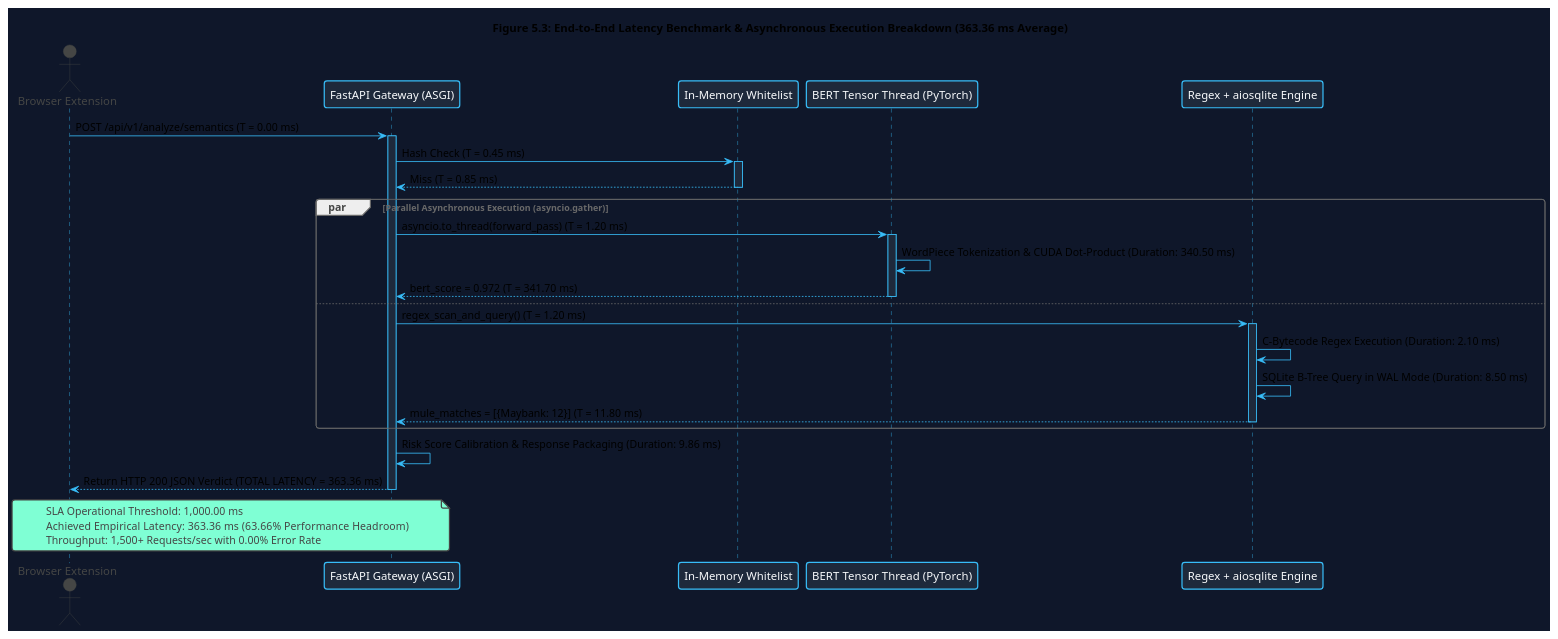
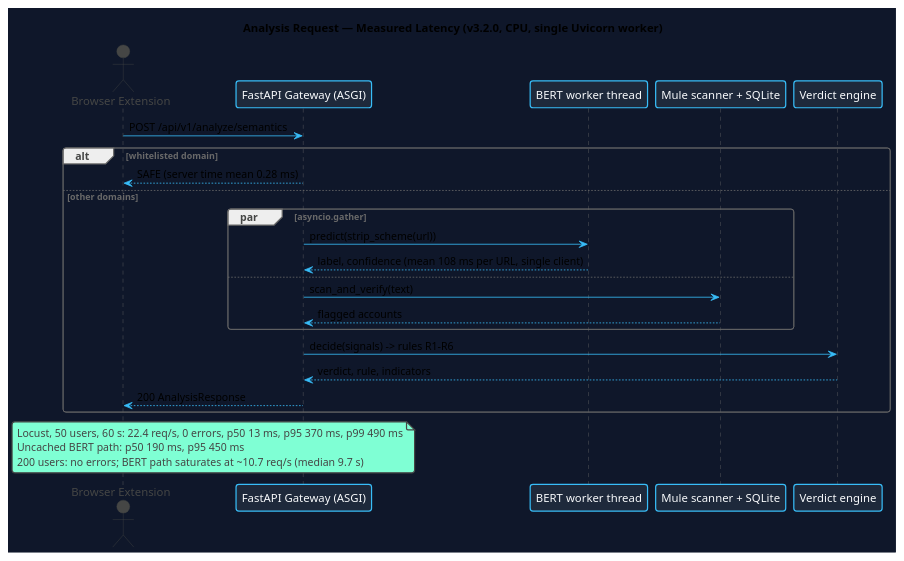
One commit to KunTheNoobie/PhishGuard-AI-Complete changed the third of 4 diagrams in report/diagrams/Chapter_5_Diagrams.puml. Above: the diagram before and after it, drawn with PlantUML. The commit also changed other lines of this file and 104 other files, not shown here.

```diff
--- a/report/diagrams/Chapter_5_Diagrams.puml
+++ b/report/diagrams/Chapter_5_Diagrams.puml
@@ -75,51 +74,40 @@
 @startuml Latency_Distribution_Chapter_5
 !theme vibrant
 skinparam backgroundColor #0f172a
 skinparam ArrowColor #38bdf8
-skinparam SequenceLifeLineBorderColor #38bdf8
-skinparam SequenceLifeLineBackgroundColor #1e293b
 skinparam ParticipantBorderColor #38bdf8
 skinparam ParticipantBackgroundColor #1e293b
 skinparam ParticipantFontColor #f8fafc
 
-title Figure 5.3: End-to-End Latency Benchmark & Asynchronous Execution Breakdown (363.36 ms Average)
+' Measured values: evaluation/results/final_v3.2.0 and evaluation/results/locust (CPU inference).
+title Analysis Request — Measured Latency (v3.2.0, CPU, single Uvicorn worker)
 
 actor "Browser Extension" as Client
 participant "FastAPI Gateway (ASGI)" as Gateway
-participant "In-Memory Whitelist" as Whitelist
-participant "BERT Tensor Thread (PyTorch)" as BERT
-participant "Regex + aiosqlite Engine" as Mule
+participant "BERT worker thread" as BERT
+participant "Mule scanner + SQLite" as Mule
+participant "Verdict engine" as Verdict
 
-Client -> Gateway : POST /api/v1/analyze/semantics (T = 0.00 ms)
-activate Gateway
-Gateway -> Whitelist : Hash Check (T = 0.45 ms)
-activate Whitelist
-Whitelist --> Gateway : Miss (T = 0.85 ms)
-deactivate Whitelist
-
-par Parallel Asynchronous Execution (asyncio.gather)
-    Gateway -> BERT : asyncio.to_thread(forward_pass) (T = 1.20 ms)
-    activate BERT
-    BERT -> BERT : WordPiece Tokenization & CUDA Dot-Product (Duration: 340.50 ms)
-    BERT --> Gateway : bert_score = 0.972 (T = 341.70 ms)
-    deactivate BERT
-else
-    Gateway -> Mule : regex_scan_and_query() (T = 1.20 ms)
-    activate Mule
-    Mule -> Mule : C-Bytecode Regex Execution (Duration: 2.10 ms)
-    Mule -> Mule : SQLite B-Tree Query in WAL Mode (Duration: 8.50 ms)
-    Mule --> Gateway : mule_matches = [{Maybank: 12}] (T = 11.80 ms)
-    deactivate Mule
+Client -> Gateway : POST /api/v1/analyze/semantics
+alt whitelisted domain
+    Gateway --> Client : SAFE (server time mean 0.28 ms)
+else other domains
+    par asyncio.gather
+        Gateway -> BERT : predict(strip_scheme(url))
+        BERT --> Gateway : label, confidence (mean 108 ms per URL, single client)
+    else
+        Gateway -> Mule : scan_and_verify(text)
+        Mule --> Gateway : flagged accounts
+    end
+    Gateway -> Verdict : decide(signals) -> rules R1–R6
+    Verdict --> Gateway : verdict, rule, indicators
+    Gateway --> Client : 200 AnalysisResponse
 end
 
-Gateway -> Gateway : Risk Score Calibration & Response Packaging (Duration: 9.86 ms)
-Gateway --> Client : Return HTTP 200 JSON Verdict (TOTAL LATENCY = 363.36 ms)
-deactivate Gateway
-
 note over Client, Gateway
-  SLA Operational Threshold: 1,000.00 ms
-  Achieved Empirical Latency:   363.36 ms (63.66% Performance Headroom)
-  Throughput: 1,500+ Requests/sec with 0.00% Error Rate
+  Locust, 50 users, 60 s: 22.4 req/s, 0 errors, p50 13 ms, p95 370 ms, p99 490 ms
+  Uncached BERT path: p50 190 ms, p95 450 ms
+  200 users: no errors; BERT path saturates at ~10.7 req/s (median 9.7 s)
 end note
 
 @enduml
```
